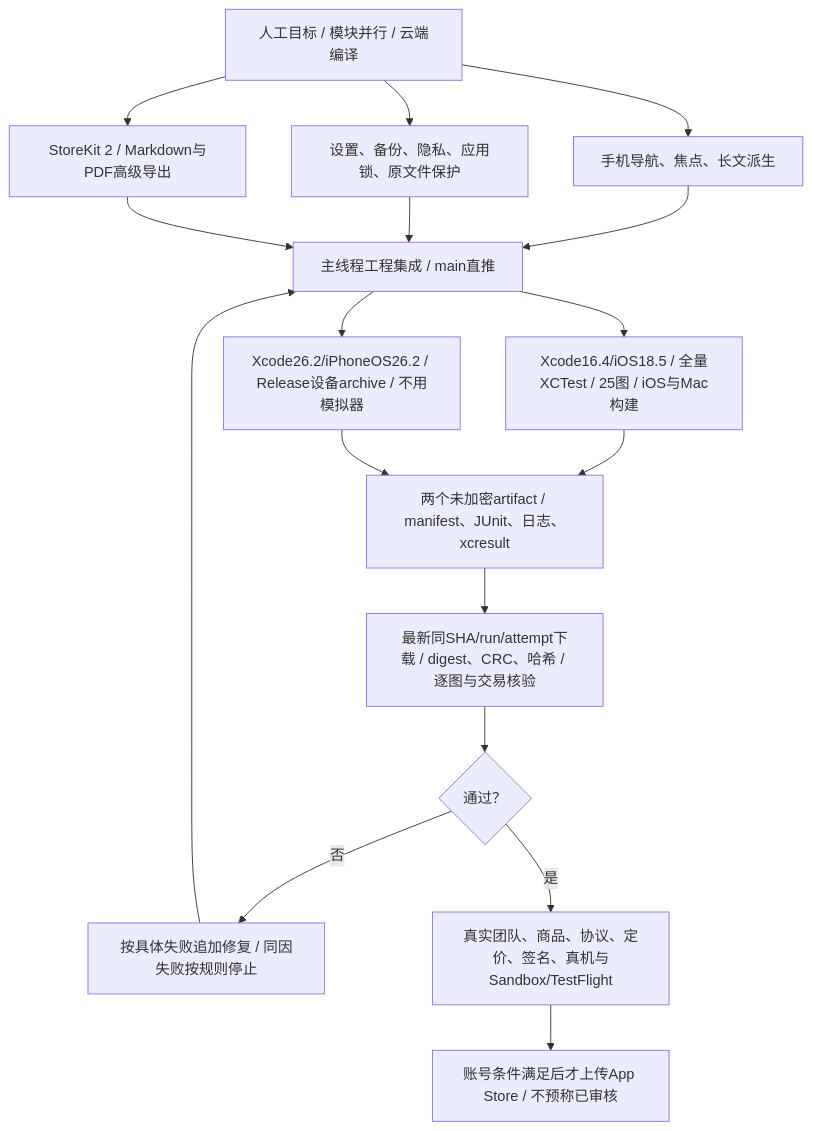
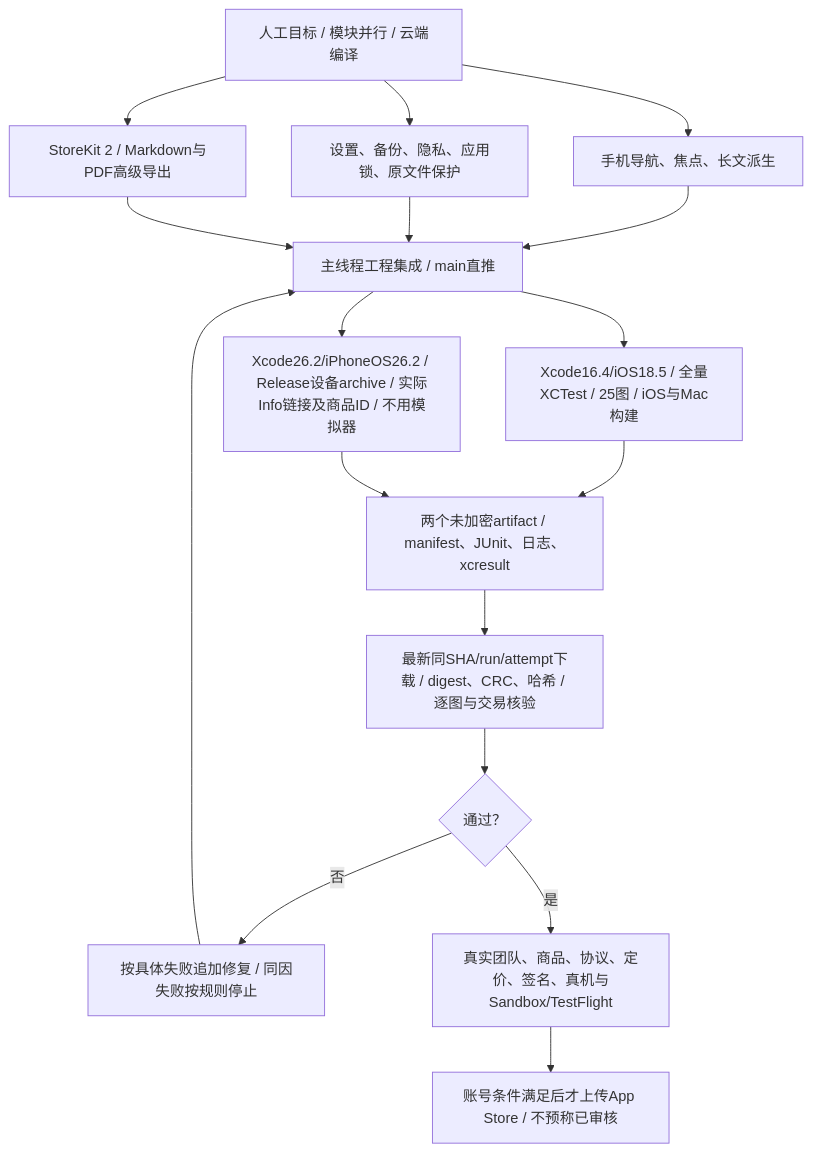
Before and after one commit to Altman-sam114/117: the fourth of 4 diagrams in md/flow/flowchart.md, drawn with Mermaid. The commit also changed 17 other files, not shown here.

````diff
--- a/md/flow/flowchart.md
+++ b/md/flow/flowchart.md
@@ -65,19 +65,19 @@
 ```mermaid
 flowchart TD
   User["人工目标 / 模块并行 / 云端编译"] --> Mobile["手机导航、焦点、长文派生"]
   User --> Safety["设置、备份、隐私、应用锁、原文件保护"]
   User --> Pro["StoreKit 2 / Markdown与PDF高级导出"]
   Mobile --> Integrate["主线程工程集成 / main直推"]
   Safety --> Integrate
   Pro --> Integrate
   Integrate --> Regression["Xcode16.4/iOS18.5 / 全量XCTest / 25图 / iOS与Mac构建"]
-  Integrate --> Archive["Xcode26.2/iPhoneOS26.2 / Release设备archive / 不用模拟器"]
+  Integrate --> Archive["Xcode26.2/iPhoneOS26.2 / Release设备archive / 实际Info链接及商品ID / 不用模拟器"]
   Regression --> Results["两个未加密artifact / manifest、JUnit、日志、xcresult"]
   Archive --> Results
   Results --> Review["最新同SHA/run/attempt下载 / digest、CRC、哈希 / 逐图与交易核验"]
   Review --> Gate{"通过？"}
   Gate -- "否" --> Fix["按具体失败追加修复 / 同因失败按规则停止"]
   Fix --> Integrate
   Gate -- "是" --> Account["真实团队、商品、协议、定价、签名、真机与Sandbox/TestFlight"]
   Account --> Upload["账号条件满足后才上传App Store / 不预称已审核"]
 ```
````
